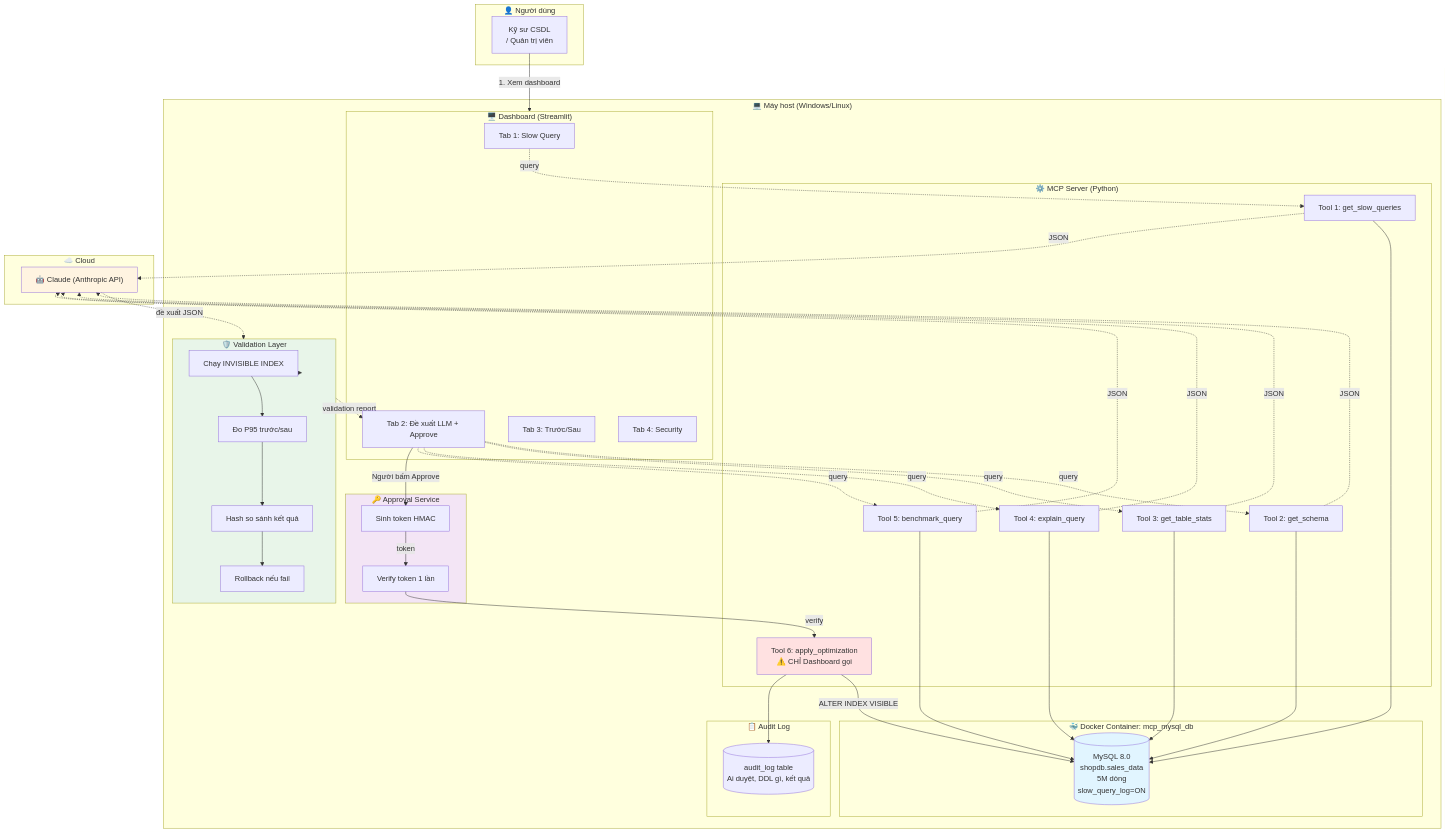
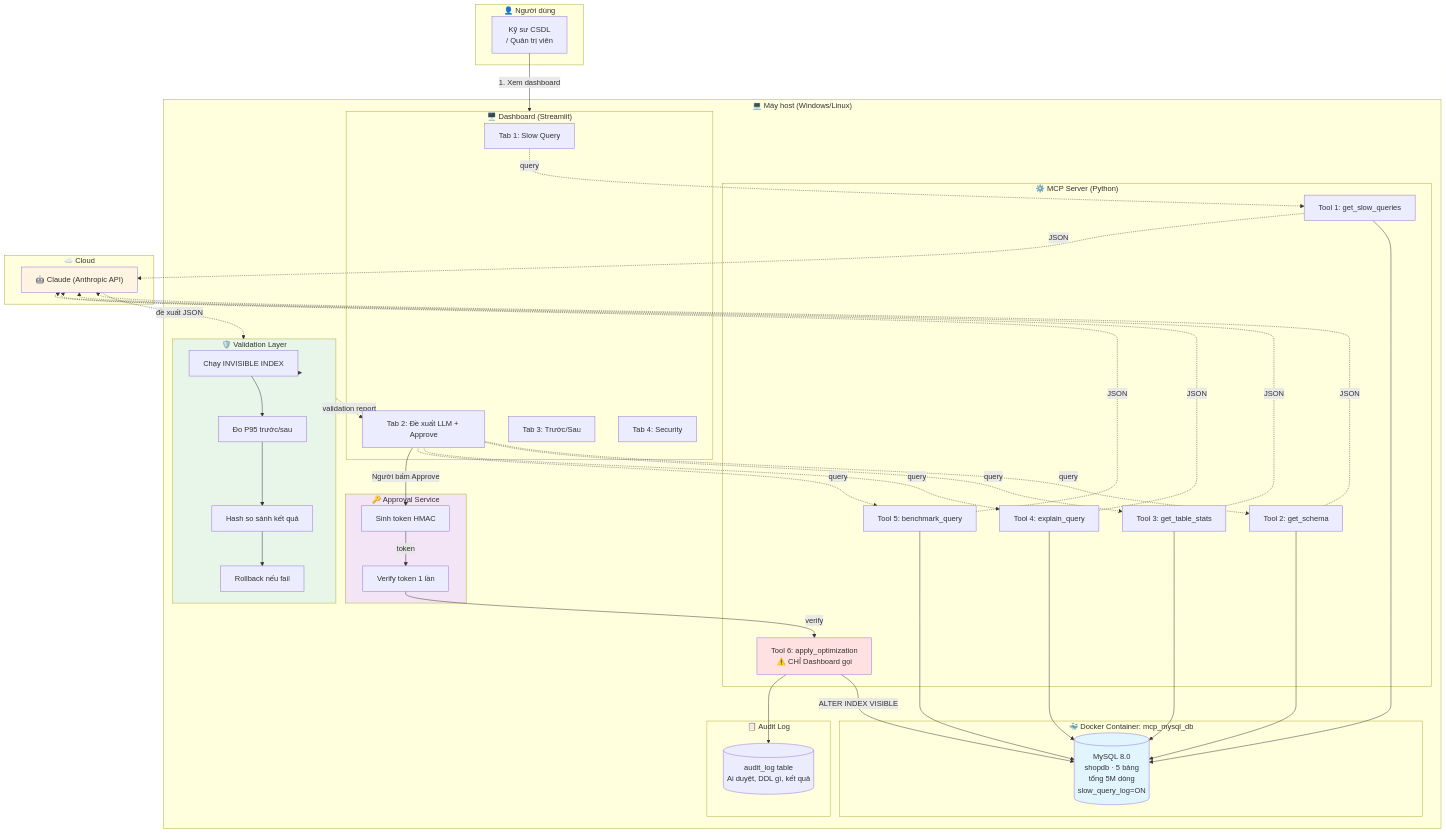
The first of 8 diagrams in docs/architecture.md (lam-vu6868/mcp-slowquery-optimizer), drawn with Mermaid before and after one commit. The commit also changed other lines of this file and 15 other files, not shown here.

```diff
--- a/docs/architecture.md
+++ b/docs/architecture.md
@@ -70,7 +74,7 @@
 
     subgraph HOST["💻 Máy host (Windows/Linux)"]
         subgraph DOCKER["🐳 Docker Container: mcp_mysql_db"]
-            DB[("MySQL 8.0<br/>shopdb.sales_data<br/>5M dòng<br/>slow_query_log=ON")]
+            DB[("MySQL 8.0<br/>shopdb · 5 bảng<br/>tổng 5M dòng<br/>slow_query_log=ON")]
         end
 
         subgraph MCP["⚙️ MCP Server (Python)"]
```
